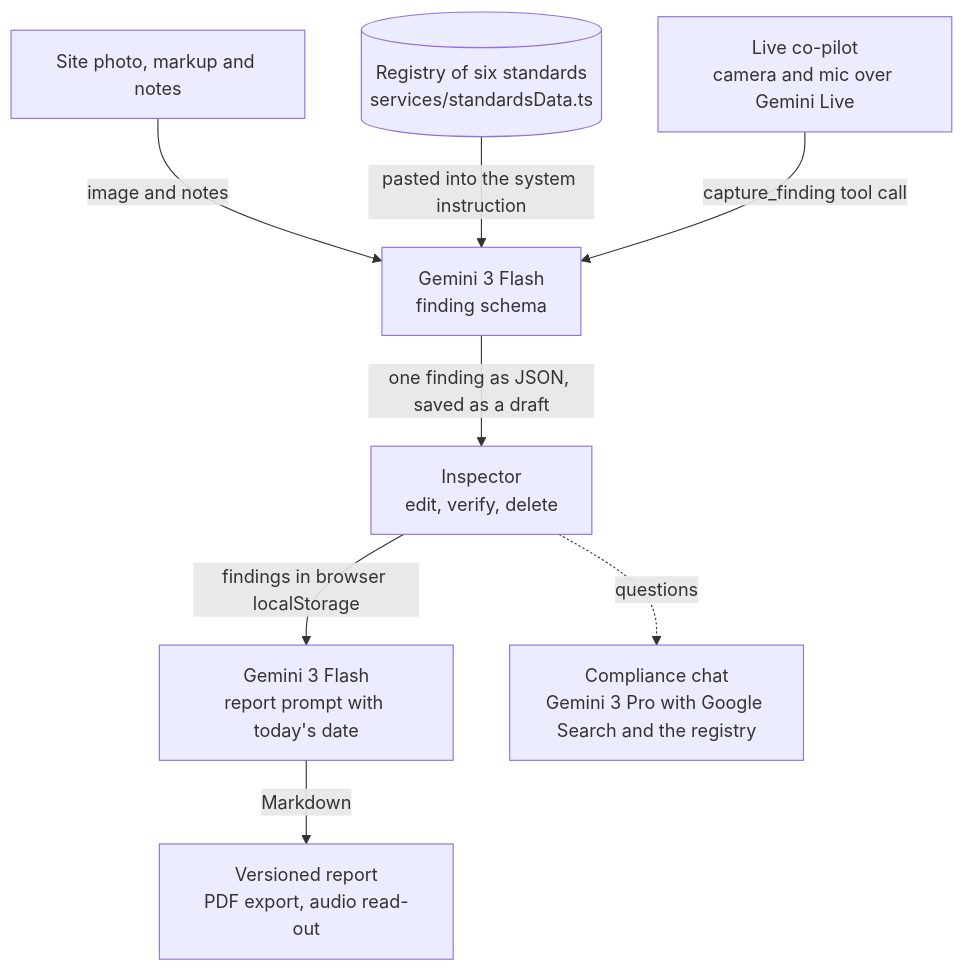
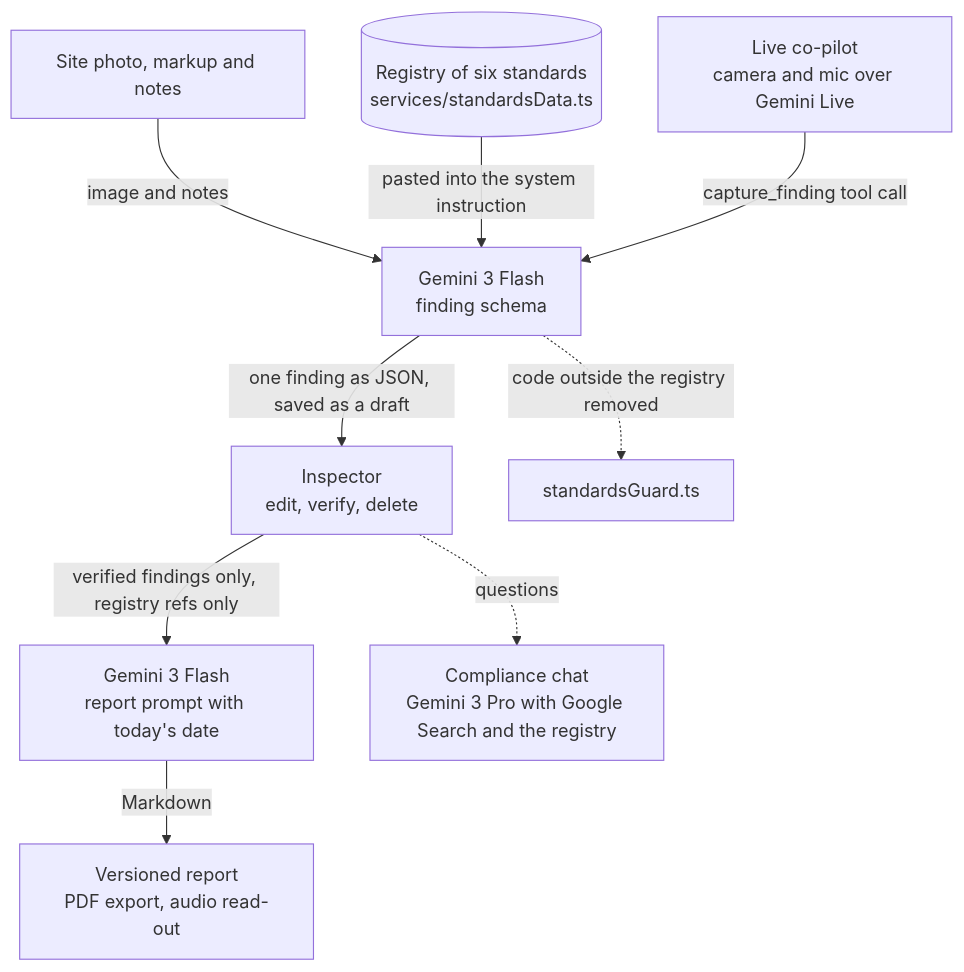
One commit to Jannisar01/snapinspect-ai changed the diagram in README.md. Above: the diagram before and after it, drawn with Mermaid. The commit also changed other lines of this file and 5 other files, not shown here.

First line of the commit message:
Show registry status on findings and reports; Library lists the registry

````diff
--- a/README.md
+++ b/README.md
@@ -23,10 +28,11 @@
 ```mermaid
 flowchart TD
     A[Site photo, markup and notes] -->|image and notes| B[Gemini 3 Flash<br/>finding schema]
     R[(Registry of six standards<br/>services/standardsData.ts)] -->|pasted into the system instruction| B
     L[Live co-pilot<br/>camera and mic over Gemini Live] -->|capture_finding tool call| B
     B -->|one finding as JSON, saved as a draft| C[Inspector<br/>edit, verify, delete]
-    C -->|findings in browser localStorage| D[Gemini 3 Flash<br/>report prompt with today's date]
+    B -.->|code outside the registry removed| G[standardsGuard.ts]
+    C -->|verified findings only, registry refs only| D[Gemini 3 Flash<br/>report prompt with today's date]
     D -->|Markdown| E[Versioned report<br/>PDF export, audio read-out]
     C -.->|questions| F[Compliance chat<br/>Gemini 3 Pro with Google Search and the registry]
 ```
````
